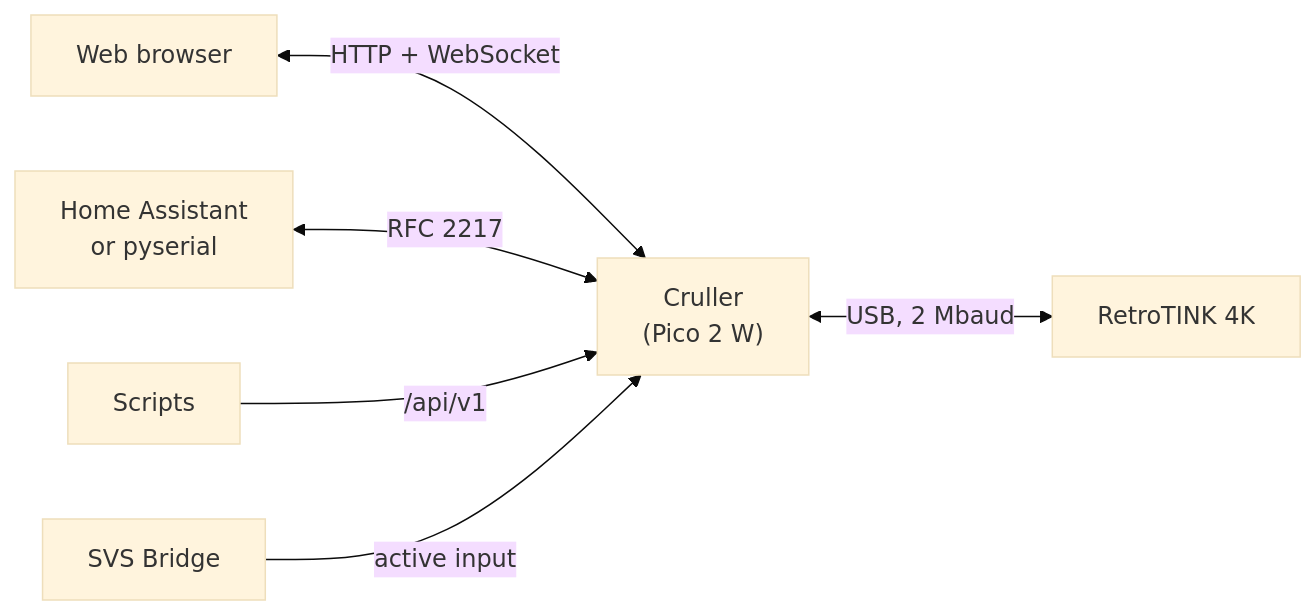
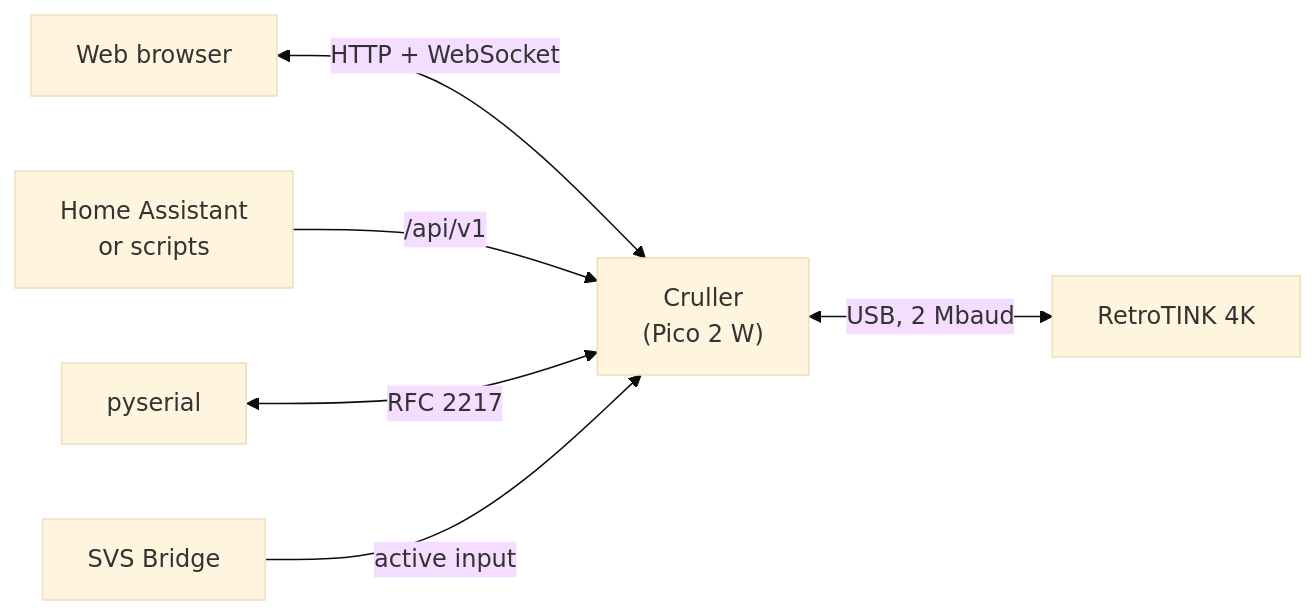
The diagram in README.md (margaale/Cruller), drawn with Mermaid (base theme) before and after one commit. The commit also changed other lines of this file, not shown here.

First line of the commit message:
README: Home Assistant through the Cruller integration (#23)

````diff
--- a/README.md
+++ b/README.md
@@ -48,8 +49,8 @@
 ```mermaid
 flowchart LR
     browser["Web browser"] <-- "HTTP + WebSocket" --> cruller
-    ha["Home Assistant<br/>or pyserial"] <-- "RFC 2217" --> cruller
-    scripts["Scripts"] -- "/api/v1" --> cruller
+    ha["Home Assistant<br/>or scripts"] -- "/api/v1" --> cruller
+    pyserial["pyserial"] <-- "RFC 2217" --> cruller
     bridge["SVS Bridge"] -- "active input" --> cruller
     cruller["Cruller<br/>(Pico 2 W)"] <-- "USB, 2 Mbaud" --> rt4k["RetroTINK 4K"]
 ```
````
